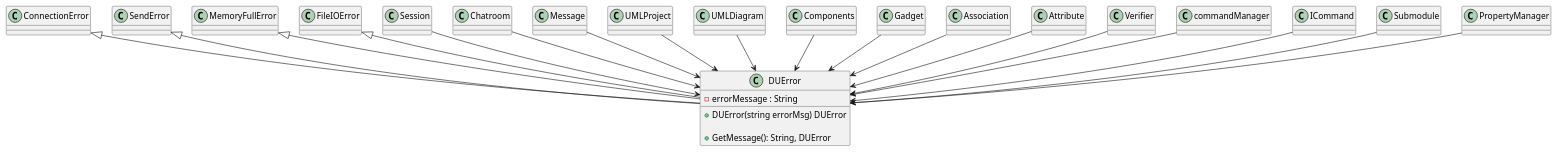
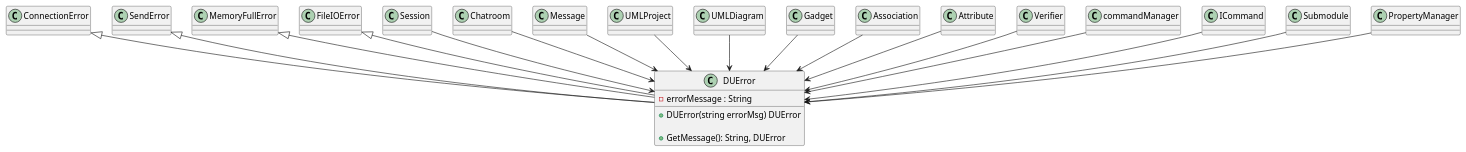
Before and after one commit to Vghxv/Dr.UML__________________: the second of 2 diagrams in docs/graphs/dcd.iuml, drawn with PlantUML. The commit also changed other lines of this file and 19 other files, not shown here.

```diff
--- a/docs/graphs/dcd.iuml
+++ b/docs/graphs/dcd.iuml
@@ -383,36 +371,35 @@
 @startuml DoctorErrorDiagram
 class DUError {
     - errorMessage : String
 
     + DUError(string errorMsg) DUError
 
     + GetMessage(): String, DUError
 }
 
 class ConnectionError {}
 class SendError {}
 class MemoryFullError {}
 class FileIOError {}
 
 
 
 ConnectionError <|-- DUError
 SendError <|-- DUError
 MemoryFullError <|-- DUError
 FileIOError <|-- DUError
 Session --> DUError
 Chatroom --> DUError
 Message --> DUError
 UMLProject --> DUError
 UMLDiagram --> DUError
-Components --> DUError
 Gadget --> DUError
 Association --> DUError
 Attribute --> DUError
 Verifier --> DUError
 commandManager --> DUError
 ICommand --> DUError
 Submodule --> DUError
 PropertyManager --> DUError
 
 @enduml
```
